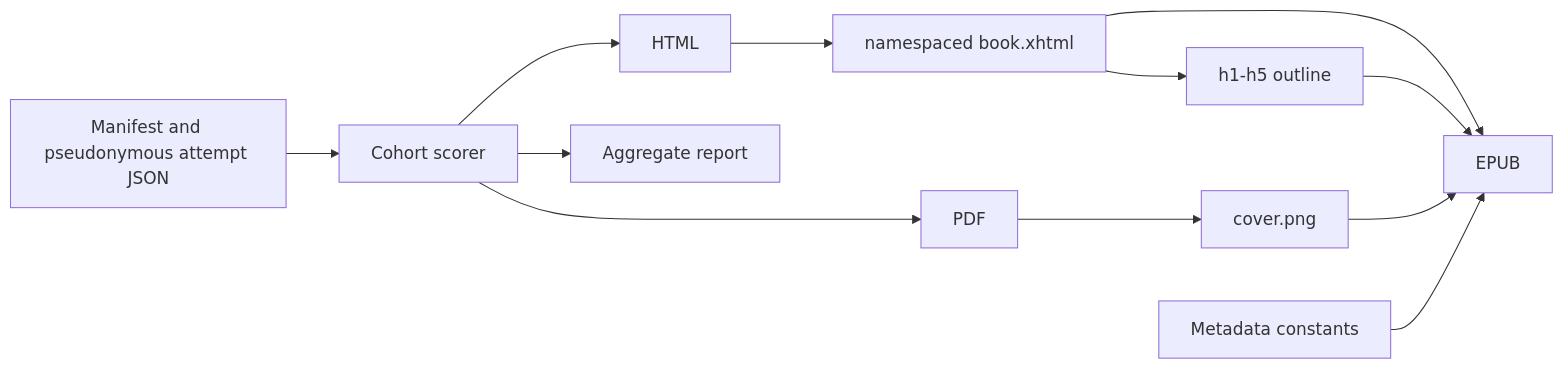
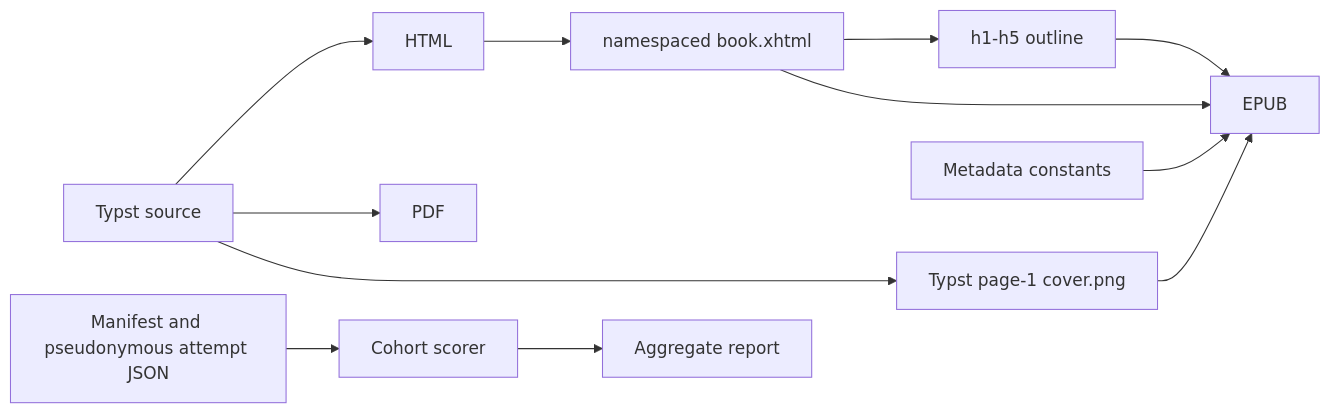
The fifth of 5 diagrams in scripts/AGENTS.md (streamentry/streamentry), drawn with Mermaid before and after one commit. The commit also changed other lines of this file and 26 other files, not shown here.

````diff
--- a/scripts/AGENTS.md
+++ b/scripts/AGENTS.md
@@ -97,14 +102,14 @@
 ```mermaid
 flowchart LR
-  S["Typst source"] --> H["HTML"]
-  S --> P["PDF"]
+  T["Typst source"] --> H["HTML"]
+  T --> P["PDF"]
   H --> X["namespaced book.xhtml"]
   X --> N["h1-h5 outline"]
-  P --> I["cover.png"]
+  T --> I["Typst page-1 cover.png"]
   X --> Z["EPUB"]
   N --> Z
   I --> Z
   D["Metadata constants"] --> Z
-  R["Manifest and pseudonymous attempt JSON"] --> S["Cohort scorer"]
-  S --> A["Aggregate report"]
+  R["Manifest and pseudonymous attempt JSON"] --> C["Cohort scorer"]
+  C --> A["Aggregate report"]
 ```
````
